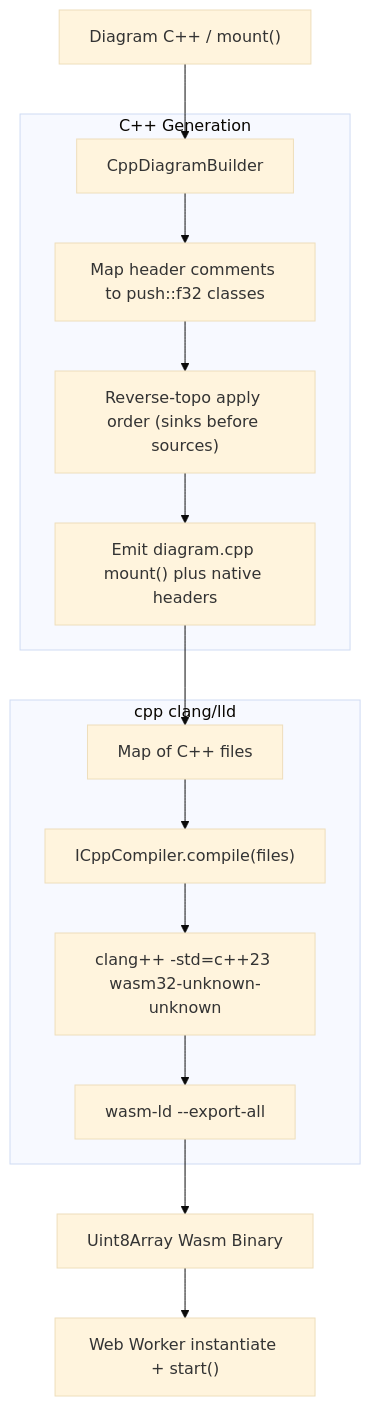
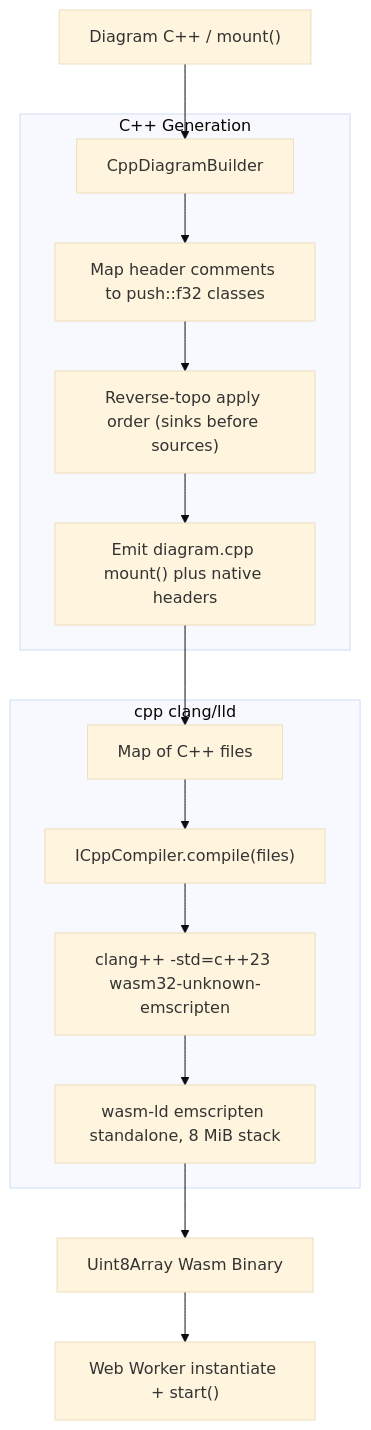
Before and after one commit to dzmauchy/bld: the second of 5 diagrams in README.md, drawn with Mermaid (base theme). The commit also changed other lines of this file and 11 other files, not shown here.

First line of the commit message:
Compile browser diagrams for wasm32-unknown-emscripten

````diff
--- a/README.md
+++ b/README.md
@@ -168,21 +168,21 @@
 ```mermaid
 flowchart TD
     A["Diagram C++ / mount()"] --> B["CppDiagramBuilder"]
     
     subgraph Emit["C++ Generation"]
         B --> B1["Map header comments to push::f32 classes"]
         B1 --> B2["Reverse-topo apply order (sinks before sources)"]
         B2 --> B3["Emit diagram.cpp mount() plus native headers"]
     end
     
     B3 --> C["Map of C++ files"]
     
     subgraph ClangLld["cpp clang/lld"]
         C --> D["ICppCompiler.compile(files)"]
-        D --> E["clang++ -std=c++23 wasm32-unknown-unknown"]
-        E --> F["wasm-ld --export-all"]
+        D --> E["clang++ -std=c++23 wasm32-unknown-emscripten"]
+        E --> F["wasm-ld emscripten standalone, 8 MiB stack"]
     end
     
     F --> G["Uint8Array Wasm Binary"]
     G --> H["Web Worker instantiate + start()"]
 ```
````
